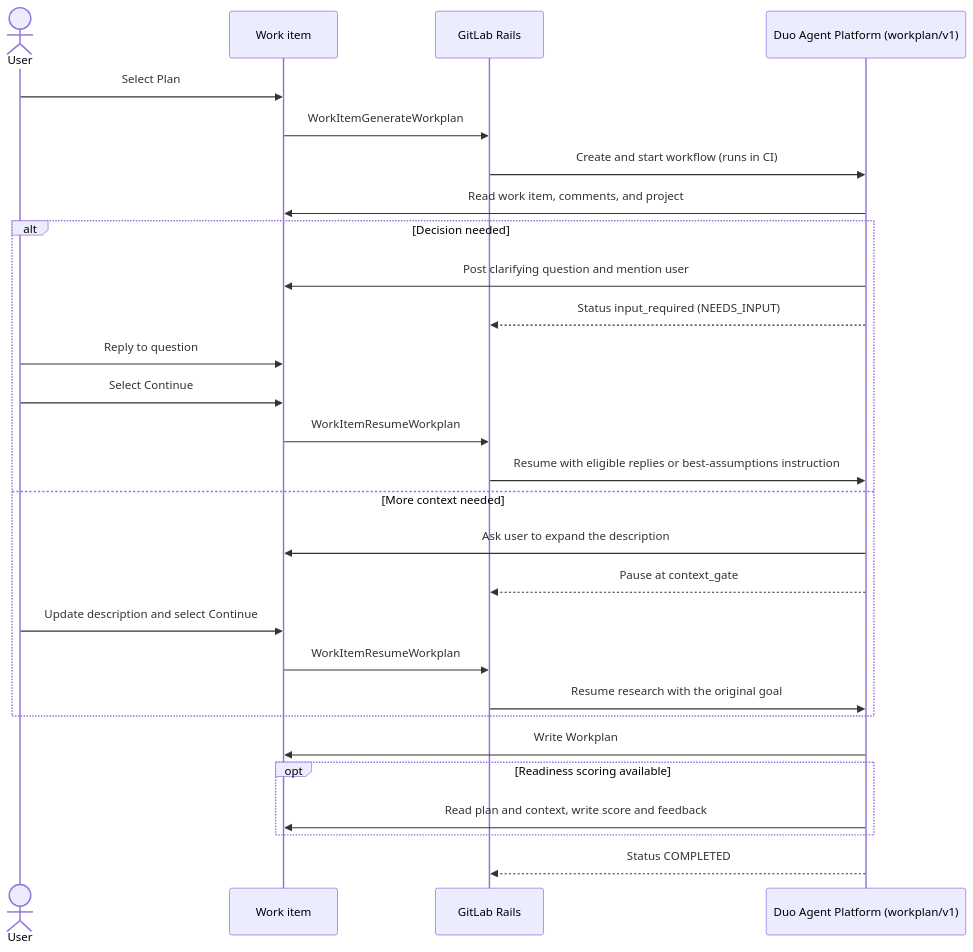
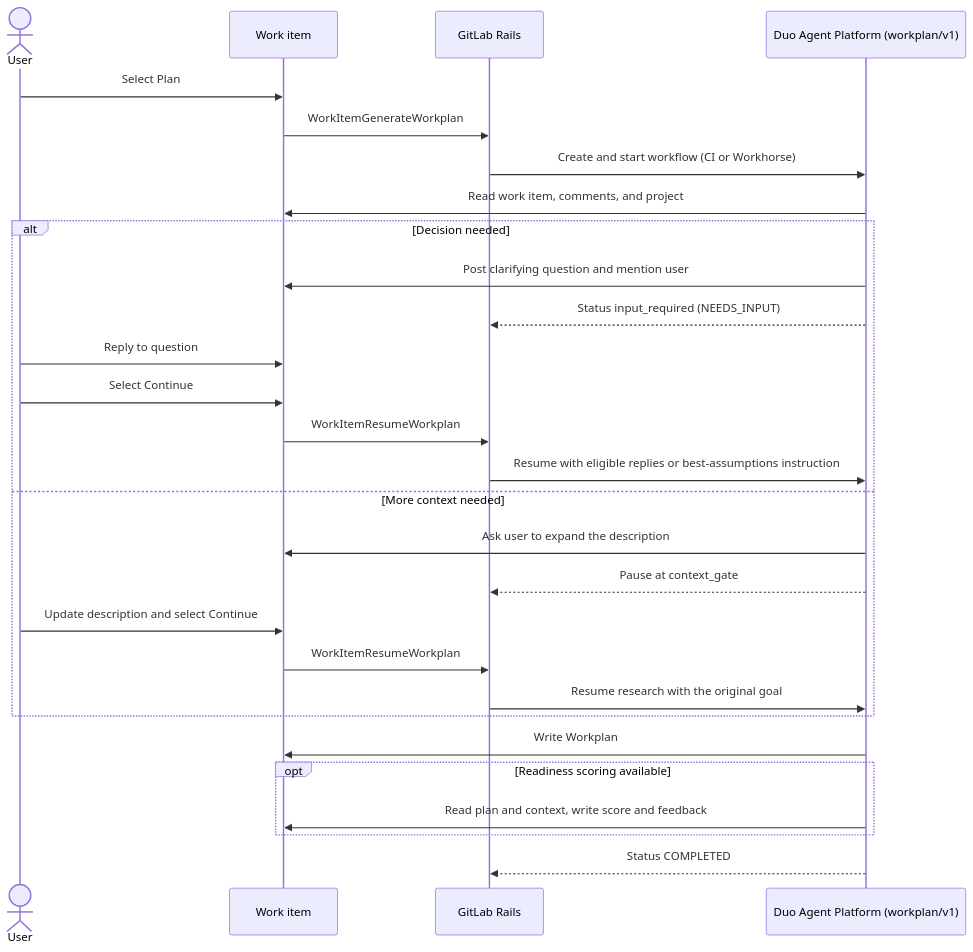
The diagram in content/handbook/engineering/architecture/design-documents/spec_driven_development/workplan-flow.md (kyama0/gitlab-handbook-ja), drawn with Mermaid before and after one commit. The commit also changed other lines of this file and 47 other files, not shown here.

````diff
--- a/content/handbook/engineering/architecture/design-documents/spec_driven_development/workplan-flow.md
+++ b/content/handbook/engineering/architecture/design-documents/spec_driven_development/workplan-flow.md
@@ -37,31 +37,31 @@
 ```mermaid
 sequenceDiagram
     actor User
     participant WI as Work item
     participant Rails as GitLab Rails
     participant DAP as Duo Agent Platform (workplan/v1)
 
     User->>WI: Select Plan
     WI->>Rails: WorkItemGenerateWorkplan
-    Rails->>DAP: Create and start workflow (runs in CI)
+    Rails->>DAP: Create and start workflow (CI or Workhorse)
     DAP->>WI: Read work item, comments, and project
     alt Decision needed
         DAP->>WI: Post clarifying question and mention user
         DAP-->>Rails: Status input_required (NEEDS_INPUT)
         User->>WI: Reply to question
         User->>WI: Select Continue
         WI->>Rails: WorkItemResumeWorkplan
         Rails->>DAP: Resume with eligible replies or best-assumptions instruction
     else More context needed
         DAP->>WI: Ask user to expand the description
         DAP-->>Rails: Pause at context_gate
         User->>WI: Update description and select Continue
         WI->>Rails: WorkItemResumeWorkplan
         Rails->>DAP: Resume research with the original goal
     end
     DAP->>WI: Write Workplan
     opt Readiness scoring available
         DAP->>WI: Read plan and context, write score and feedback
     end
     DAP-->>Rails: Status COMPLETED
 ```
````
